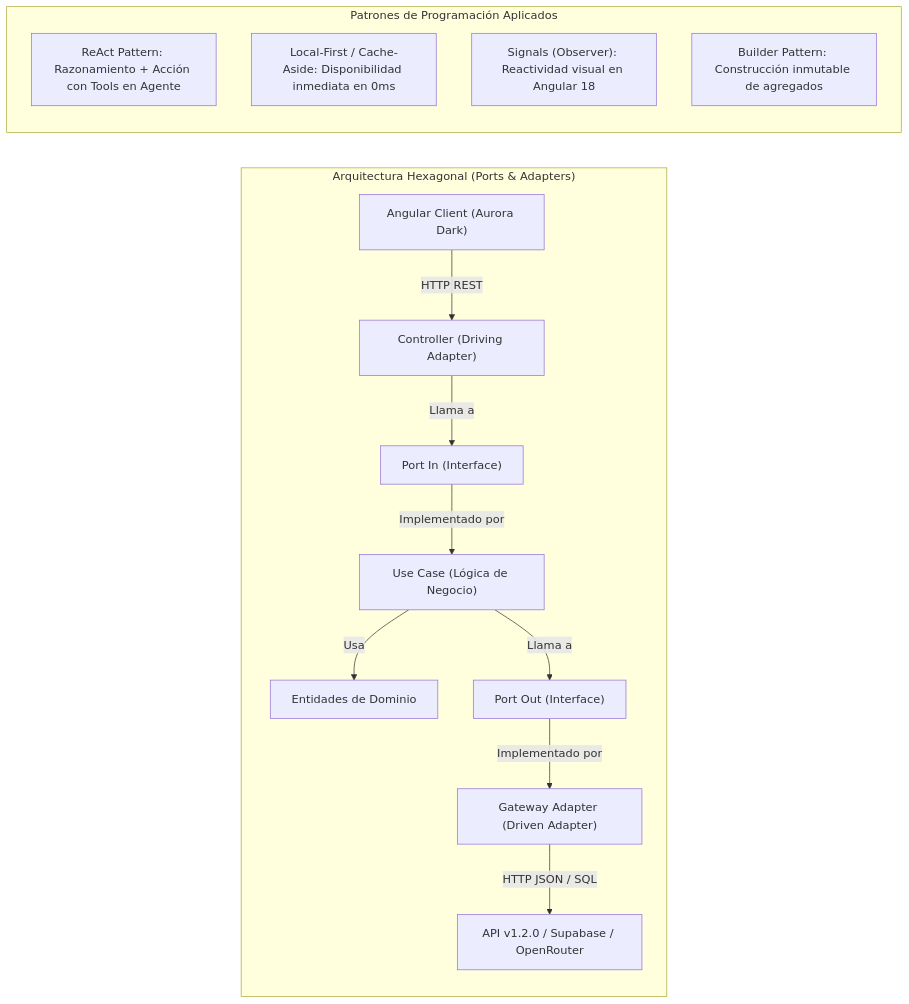
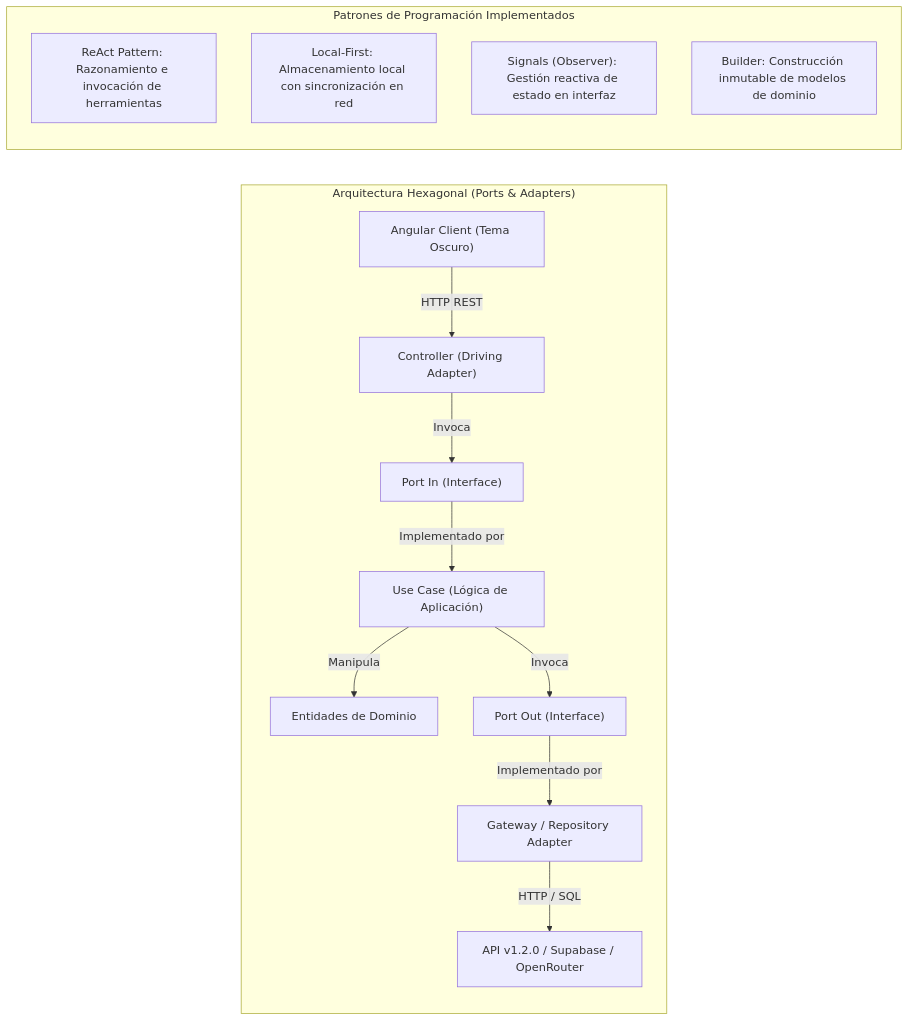
One commit to Joan2022Laurente/horarioInteligente changed the fifth of 8 diagrams in INFORME_TECNICO_PROYECTO.md. Above: the diagram before and after it, drawn with Mermaid. The commit also changed other lines of this file, not shown here.

````diff
--- a/INFORME_TECNICO_PROYECTO.md
+++ b/INFORME_TECNICO_PROYECTO.md
@@ -365,19 +363,19 @@
 ```mermaid
 flowchart LR
     subgraph ArquitecturaHexagonal["Arquitectura Hexagonal (Ports & Adapters)"]
-        UI["Angular Client (Aurora Dark)"] -->|HTTP REST| InAdapter["Controller (Driving Adapter)"]
-        InAdapter -->|Llama a| InPort["Port In (Interface)"]
-        InPort -->|Implementado por| UseCase["Use Case (Lógica de Negocio)"]
-        UseCase -->|Usa| DomainModel["Entidades de Dominio"]
-        UseCase -->|Llama a| OutPort["Port Out (Interface)"]
-        OutPort -->|Implementado por| OutAdapter["Gateway Adapter (Driven Adapter)"]
-        OutAdapter -->|HTTP JSON / SQL| ExternalSystems["API v1.2.0 / Supabase / OpenRouter"]
+        UI["Angular Client (Tema Oscuro)"] -->|HTTP REST| InAdapter["Controller (Driving Adapter)"]
+        InAdapter -->|Invoca| InPort["Port In (Interface)"]
+        InPort -->|Implementado por| UseCase["Use Case (Lógica de Aplicación)"]
+        UseCase -->|Manipula| DomainModel["Entidades de Dominio"]
+        UseCase -->|Invoca| OutPort["Port Out (Interface)"]
+        OutPort -->|Implementado por| OutAdapter["Gateway / Repository Adapter"]
+        OutAdapter -->|HTTP / SQL| ExternalSystems["API v1.2.0 / Supabase / OpenRouter"]
     end
 
-    subgraph PatronesDeProgramacion["Patrones de Programación Aplicados"]
-        P1["ReAct Pattern: Razonamiento + Acción con Tools en Agente"]
-        P2["Local-First / Cache-Aside: Disponibilidad inmediata en 0ms"]
-        P3["Signals (Observer): Reactividad visual en Angular 18"]
-        P4["Builder Pattern: Construcción inmutable de agregados"]
+    subgraph PatronesDeProgramacion["Patrones de Programación Implementados"]
+        P1["ReAct Pattern: Razonamiento e invocación de herramientas"]
+        P2["Local-First: Almacenamiento local con sincronización en red"]
+        P3["Signals (Observer): Gestión reactiva de estado en interfaz"]
+        P4["Builder: Construcción inmutable de modelos de dominio"]
     end
 ```
````
